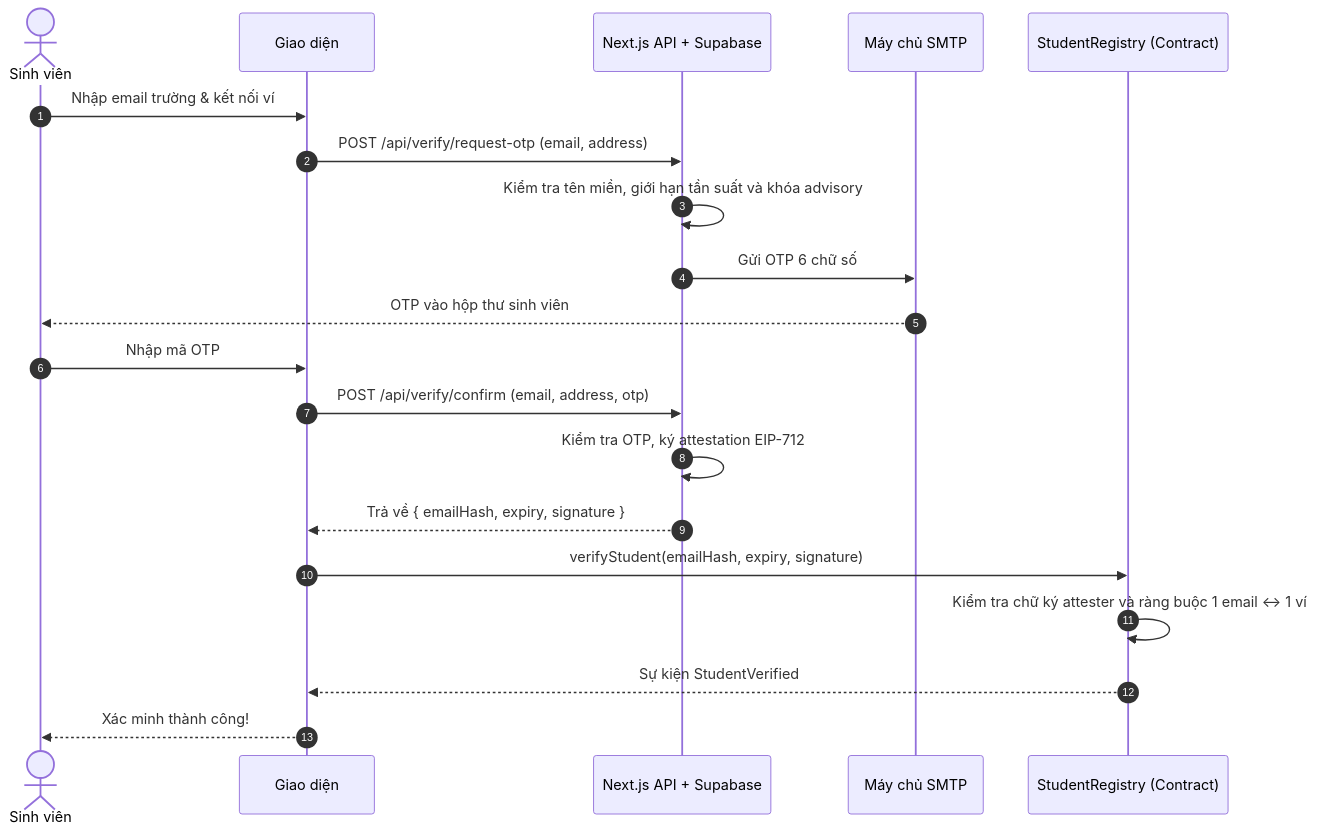
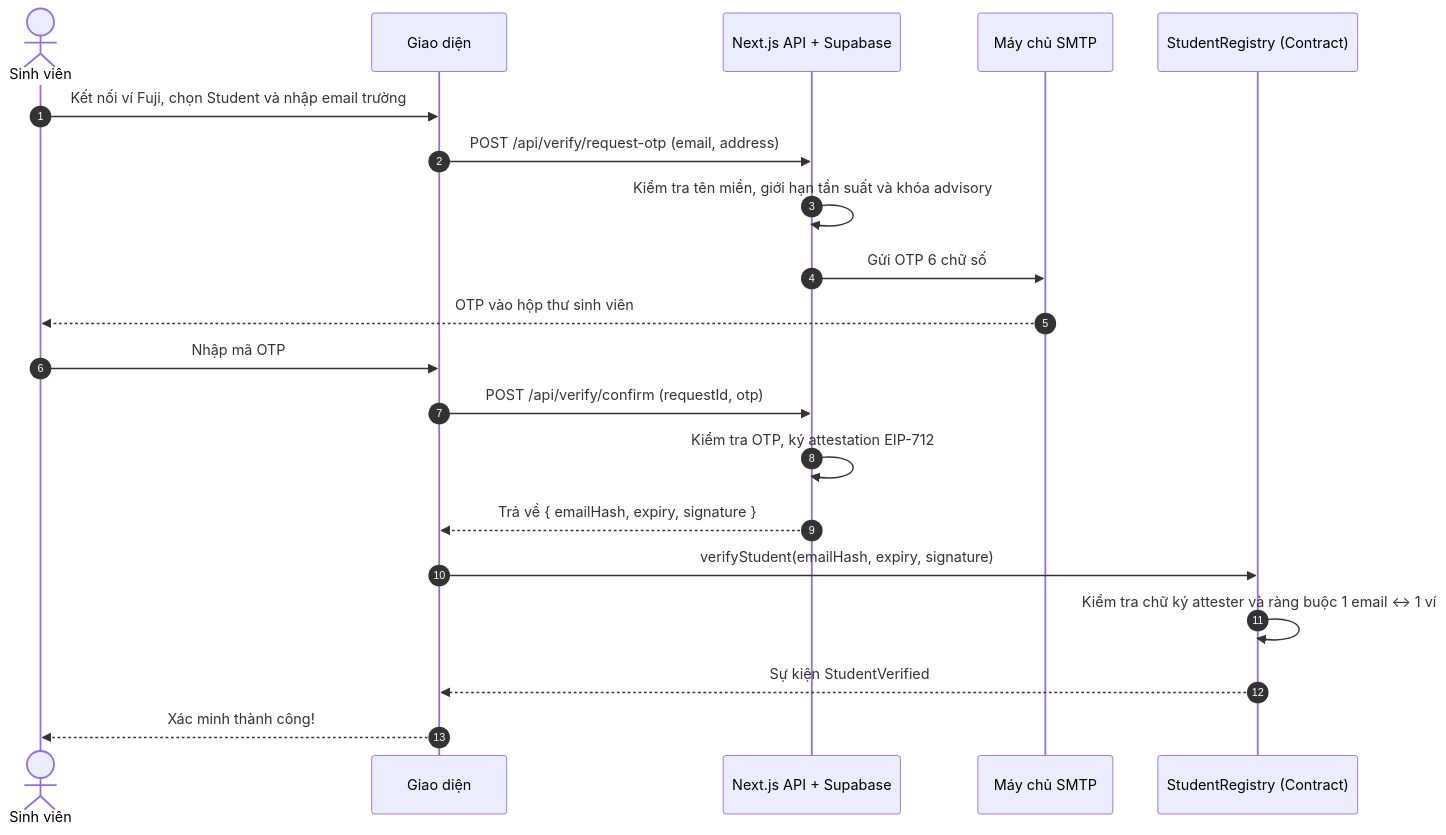
One commit to hlbaot/SqrtFund changed the first of 2 diagrams in README.md. Above: the diagram before and after it, drawn with Mermaid. The commit also changed other lines of this file and 22 other files, not shown here.

````diff
--- a/README.md
+++ b/README.md
@@ -76,23 +92,23 @@
 ```mermaid
 sequenceDiagram
     autonumber
     actor Student as Sinh viên
     participant UI as Giao diện
     participant API as Next.js API + Supabase
     participant SMTP as Máy chủ SMTP
     participant Registry as StudentRegistry (Contract)
 
-    Student->>UI: Nhập email trường & kết nối ví
+    Student->>UI: Kết nối ví Fuji, chọn Student và nhập email trường
     UI->>API: POST /api/verify/request-otp (email, address)
     API->>API: Kiểm tra tên miền, giới hạn tần suất và khóa advisory
     API->>SMTP: Gửi OTP 6 chữ số
     SMTP-->>Student: OTP vào hộp thư sinh viên
     Student->>UI: Nhập mã OTP
-    UI->>API: POST /api/verify/confirm (email, address, otp)
+    UI->>API: POST /api/verify/confirm (requestId, otp)
     API->>API: Kiểm tra OTP, ký attestation EIP-712
     API-->>UI: Trả về { emailHash, expiry, signature }
     UI->>Registry: verifyStudent(emailHash, expiry, signature)
     Registry->>Registry: Kiểm tra chữ ký attester và ràng buộc 1 email ↔ 1 ví
     Registry-->>UI: Sự kiện StudentVerified
     UI-->>Student: Xác minh thành công!
 ```
````
